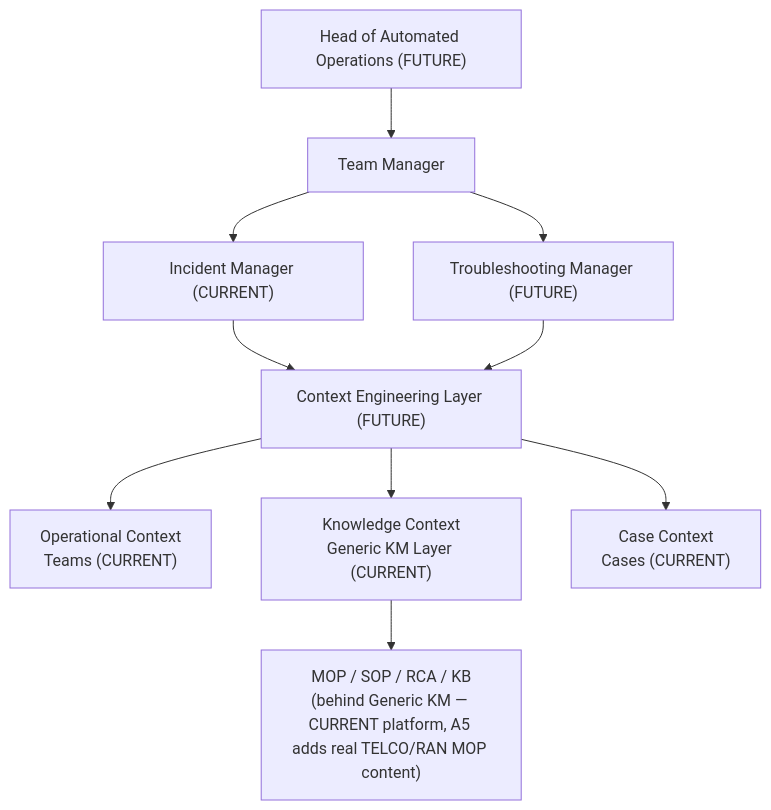
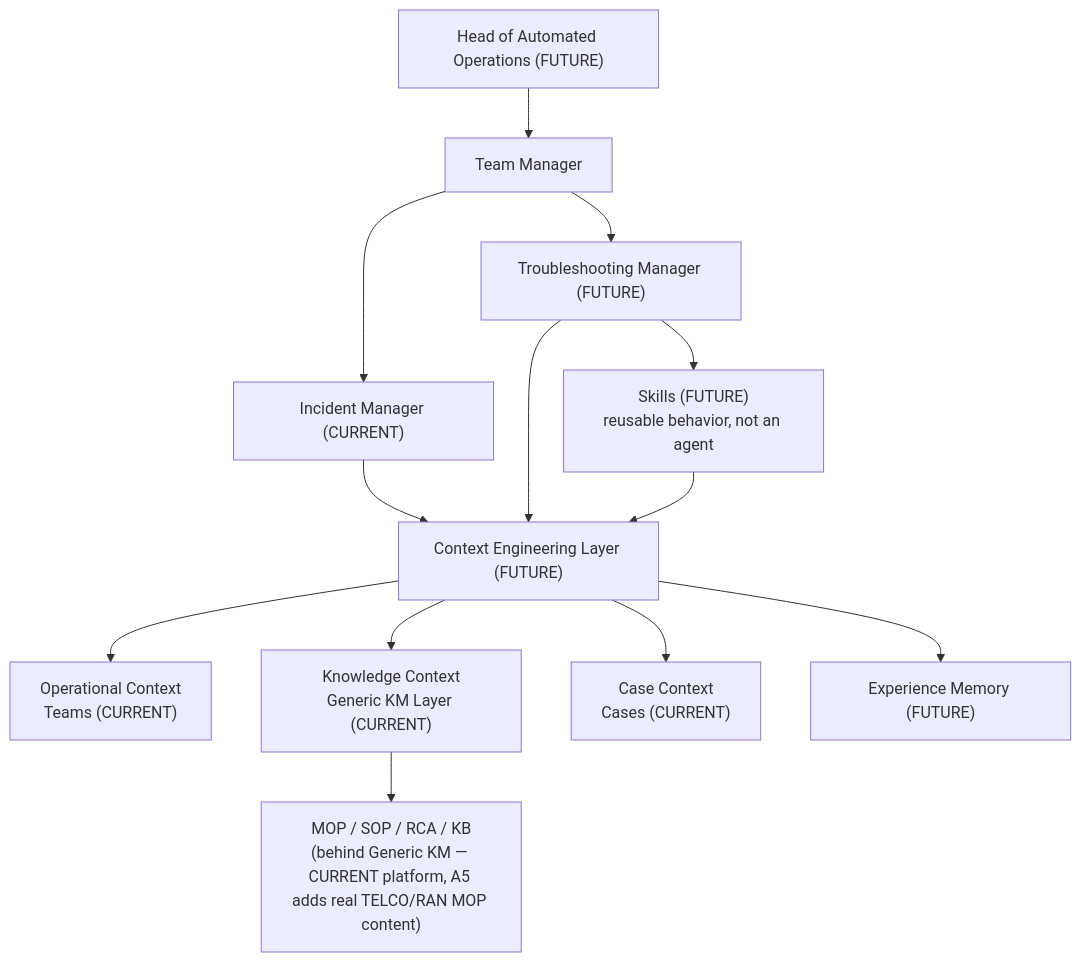
The third of 4 diagrams in README.md (drak0niii/SLOPANOC), drawn with Mermaid before and after one commit. The commit also changed other lines of this file and 62 other files, not shown here.

````diff
--- a/README.md
+++ b/README.md
@@ -196,12 +199,15 @@
 ```mermaid
 flowchart TD
     HOO["Head of Automated Operations (FUTURE)"] --> TM[Team Manager]
     TM --> IM["Incident Manager (CURRENT)"]
     TM --> TSM["Troubleshooting Manager (FUTURE)"]
+    TSM --> SK["Skills (FUTURE)<br/>reusable behavior, not an agent"]
     IM --> CEL["Context Engineering Layer (FUTURE)"]
     TSM --> CEL
+    SK --> CEL
     CEL --> OC["Operational Context<br/>Teams (CURRENT)"]
     CEL --> KC["Knowledge Context<br/>Generic KM Layer (CURRENT)"]
     CEL --> CC["Case Context<br/>Cases (CURRENT)"]
+    CEL --> EM["Experience Memory (FUTURE)"]
     KC --> KM["MOP / SOP / RCA / KB<br/>(behind Generic KM — CURRENT platform, A5 adds real TELCO/RAN MOP content)"]
 ```
````
